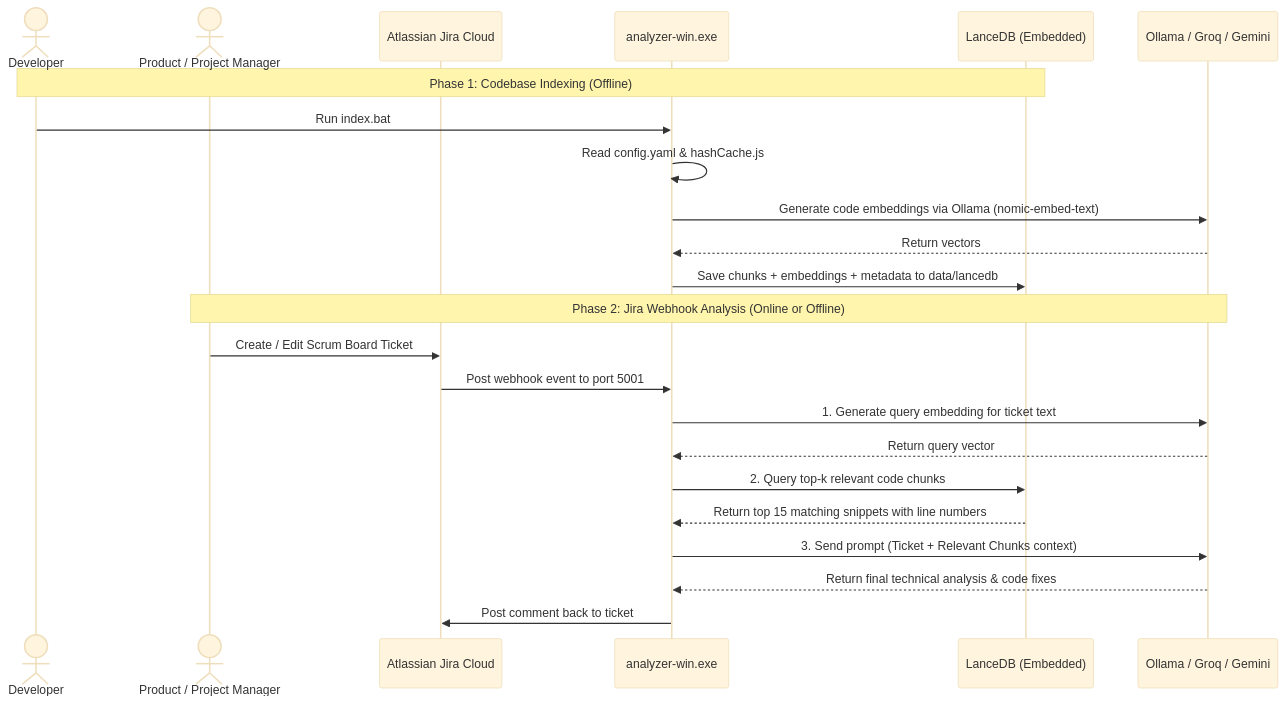
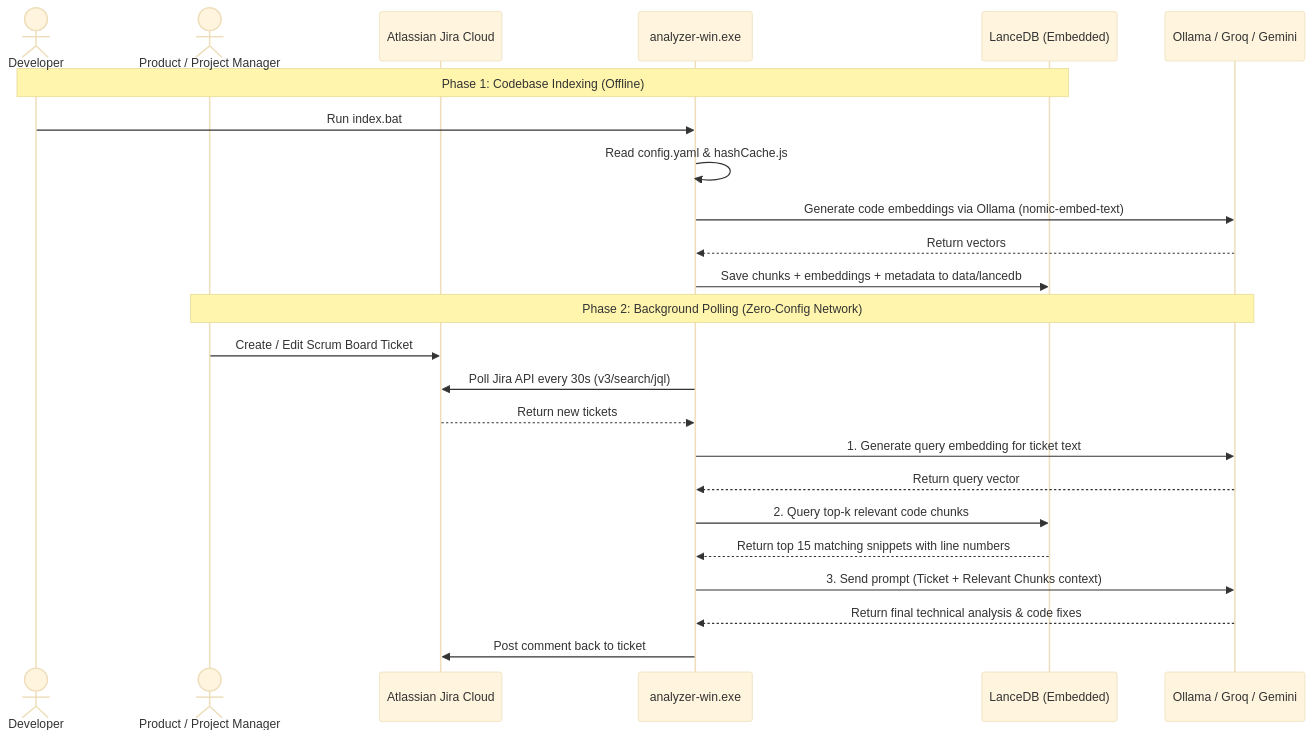
Before and after one commit to ketankapale8/AIAutomationMVP: the diagram in README.md, drawn with Mermaid (base theme). The commit also changed other lines of this file and 16 other files, not shown here.

Commit message:
feat: upgrade architecture to polling, add cloud token limits, auto-fallback, and premium frontend UI

````diff
--- a/README.md
+++ b/README.md
@@ -10,29 +10,30 @@
 ```mermaid
 sequenceDiagram
     actor Dev as Developer
     actor User as Product / Project Manager
     participant Jira as Atlassian Jira Cloud
     participant Executable as analyzer-win.exe
     participant VectorDB as LanceDB (Embedded)
     participant LLM as Ollama / Groq / Gemini
 
     %% Phase 1: Offline Indexing
     Note over Dev, VectorDB: Phase 1: Codebase Indexing (Offline)
     Dev->>Executable: Run index.bat
     Executable->>Executable: Read config.yaml & hashCache.js
     Executable->>LLM: Generate code embeddings via Ollama (nomic-embed-text)
     LLM-->>Executable: Return vectors
     Executable->>VectorDB: Save chunks + embeddings + metadata to data/lancedb
     
-    %% Phase 2: Per-Ticket Analysis
-    Note over User, LLM: Phase 2: Jira Webhook Analysis (Online or Offline)
+    %% Phase 2: Per-Ticket Analysis via Polling
+    Note over User, LLM: Phase 2: Background Polling (Zero-Config Network)
     User->>Jira: Create / Edit Scrum Board Ticket
-    Jira->>Executable: Post webhook event to port 5001
+    Executable->>Jira: Poll Jira API every 30s (v3/search/jql)
+    Jira-->>Executable: Return new tickets
     Executable->>LLM: 1. Generate query embedding for ticket text
     LLM-->>Executable: Return query vector
     Executable->>VectorDB: 2. Query top-k relevant code chunks
     VectorDB-->>Executable: Return top 15 matching snippets with line numbers
     Executable->>LLM: 3. Send prompt (Ticket + Relevant Chunks context)
     LLM-->>Executable: Return final technical analysis & code fixes
     Executable->>Jira: Post comment back to ticket
 ```
````
